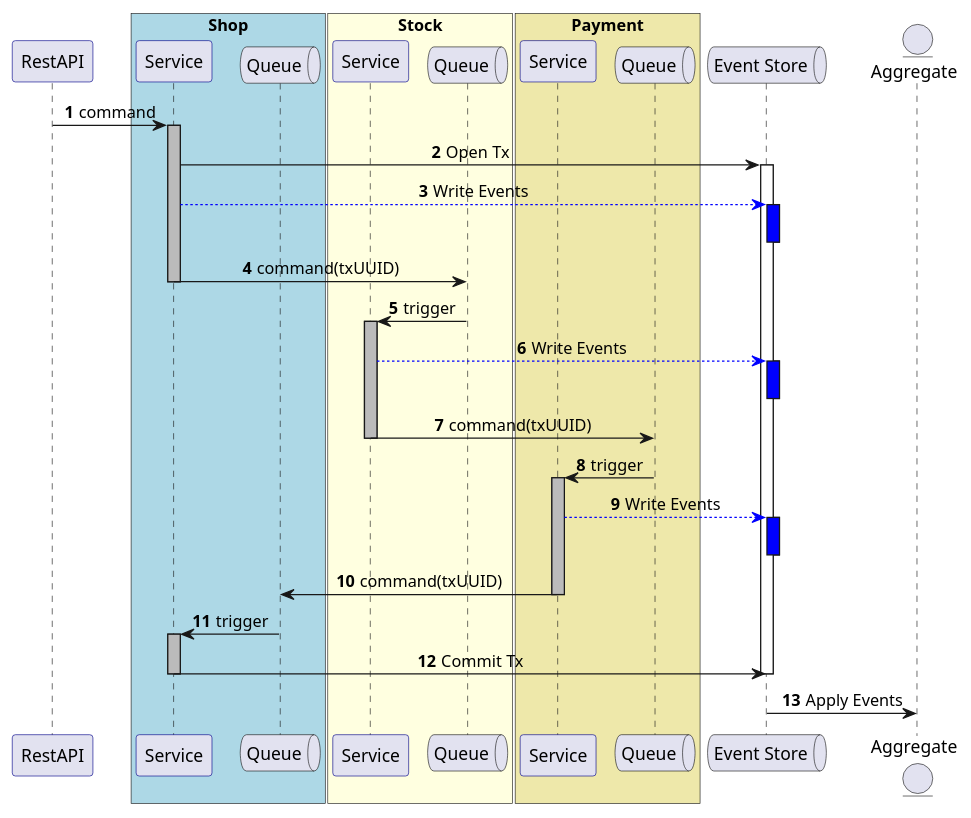
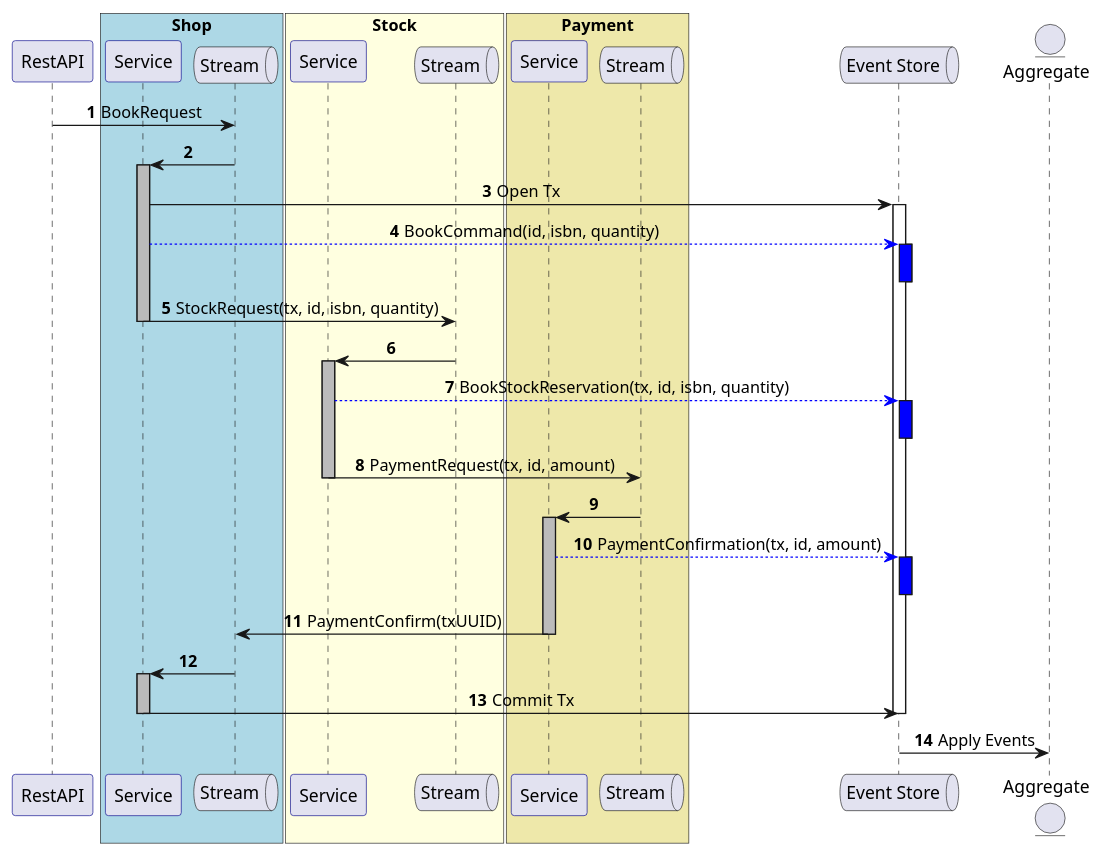
One commit to cheleb/zio-pravega changed the diagram in docs/_docs/use-cases/distributed-tx.puml. Above: the diagram before and after it, drawn with PlantUML.

Commit message:
docs: update distributed transaction diagram with more descriptive queue names and commands

```diff
--- a/docs/_docs/use-cases/distributed-tx.puml
+++ b/docs/_docs/use-cases/distributed-tx.puml
@@ -1,68 +1,69 @@
 @startuml "distributed-tx"
 
 autonumber
 
 skinparam sequence{
   ParticipantBorderColor DarkBlue
   QueueBorderColor DarkBlue
 }
 
 
 skinparam sequenceMessageAlign center
 
 participant "RestAPI" as Rest
 
 box "Shop" #LightBlue
 participant "Service" as A
-queue "Queue" as QueueA
+queue "Stream" as QueueA
 end box
 Box "Stock" #LightYellow
 participant "Service" as B
-queue "Queue" as QueueB
+queue "Stream" as QueueB
 end box
 Box "Payment" #PaleGoldenRod
 participant "Service" as C
-queue "Queue" as QueueC
+queue "Stream" as QueueC
 end box
 queue "Event Store" as EventStore
 
 Entity "Aggregate" as Aggregate
 
 
-Rest -> A : command
+Rest -> QueueA : BookRequest
+QueueA -> A
 activate A #BBBBBB
 A -> EventStore  : Open Tx
 activate EventStore
-A -[#0000FF]-> EventStore  : Write Events
+A -[#0000FF]-> EventStore  : BookCommand(id, isbn, quantity)
 activate EventStore #0000FF
 deactivate EventStore
-A -> QueueB  : command(txUUID)
+A -> QueueB  : StockRequest(tx, id, isbn, quantity)
 deactivate A
 
-B <- QueueB  : trigger
+B <- QueueB
 activate B #BBBBBB
-B -[#0000FF]-> EventStore : Write Events
+B -[#0000FF]-> EventStore : BookStockReservation(tx, id, isbn, quantity)
 activate EventStore #0000FF
 deactivate EventStore
 
-B -> QueueC  : command(txUUID)
+B -> QueueC  : PaymentRequest(tx, id, amount)
 deactivate B
-C <- QueueC  : trigger
+C <- QueueC
 activate C #BBBBBB
-C -[#0000FF]-> EventStore : Write Events
+C -[#0000FF]-> EventStore : PaymentConfirmation(tx, id, amount)
 
 activate EventStore #0000FF
 deactivate EventStore
-C -> QueueA  : command(txUUID)
+C -> QueueA  : PaymentConfirm(txUUID)
 deactivate C
-A <- QueueA  : trigger
+A <- QueueA
 activate A #BBBBBB
 A -> EventStore : Commit Tx
 
 deactivate EventStore
 deactivate A
 
 EventStore -> Aggregate : Apply Events
 
 
 @enduml
```
